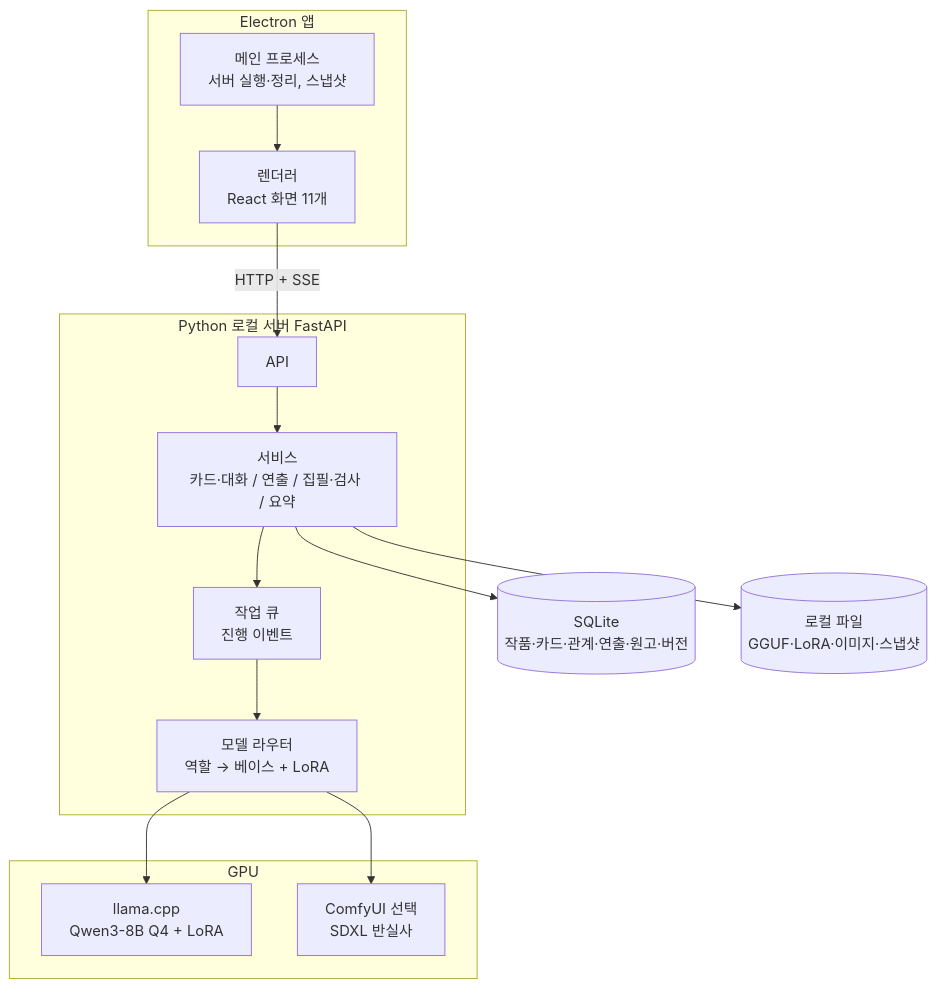
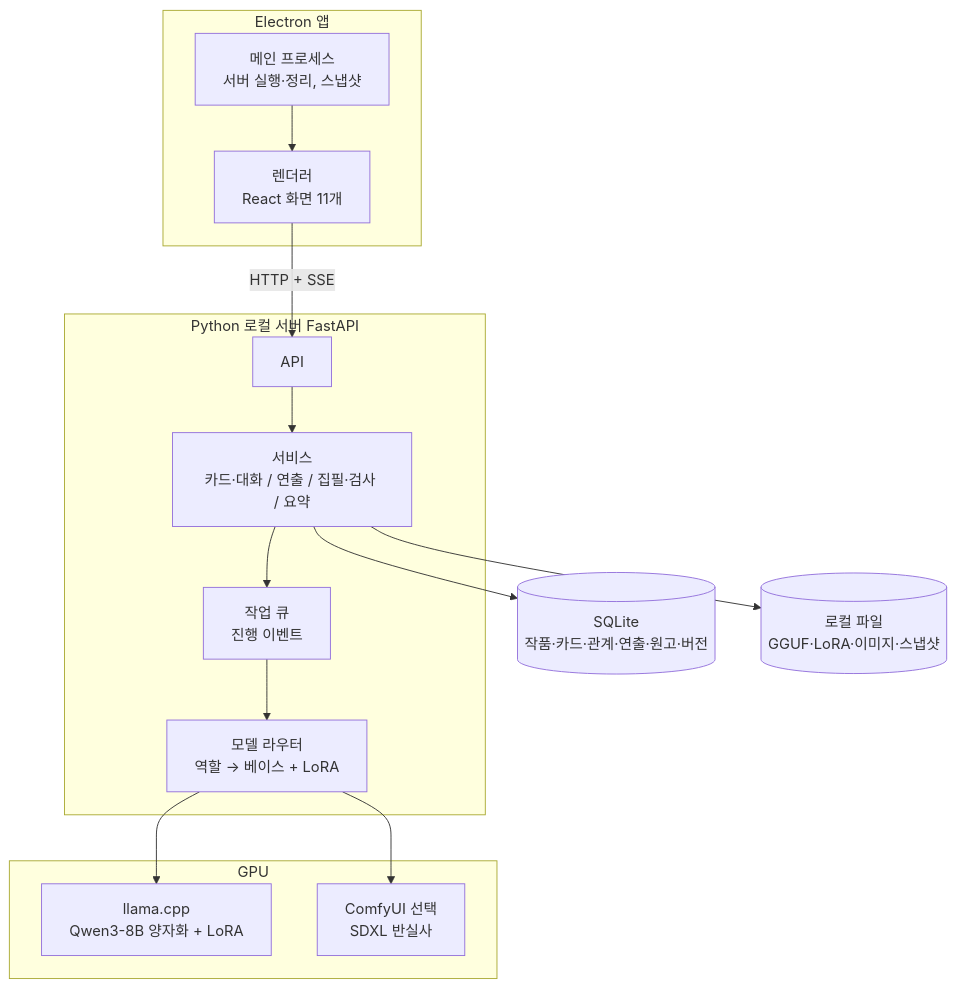
One commit to mminjae97/aiplot changed the third of 5 diagrams in README.md. Above: the diagram before and after it, drawn with Mermaid. The commit also changed other lines of this file, not shown here.

````diff
--- a/README.md
+++ b/README.md
@@ -616,26 +616,26 @@
 ```mermaid
 flowchart TB
     subgraph E[Electron 앱]
         MP[메인 프로세스<br/>서버 실행·정리, 스냅샷]
         RD[렌더러<br/>React 화면 11개]
     end
     subgraph S[Python 로컬 서버 FastAPI]
         API[API]
         SV[서비스<br/>카드·대화 / 연출 / 집필·검사 / 요약]
         JQ[작업 큐<br/>진행 이벤트]
         RT[모델 라우터<br/>역할 → 베이스 + LoRA]
     end
     subgraph G[GPU]
-        LL[llama.cpp<br/>Qwen3-8B Q4 + LoRA]
+        LL[llama.cpp<br/>Qwen3-8B 양자화 + LoRA]
         CU[ComfyUI 선택<br/>SDXL 반실사]
     end
     DB[(SQLite<br/>작품·카드·관계·연출·원고·버전)]
     FS[(로컬 파일<br/>GGUF·LoRA·이미지·스냅샷)]
     MP --> RD
     RD -- HTTP + SSE --> API
     API --> SV --> JQ --> RT
     RT --> LL
     RT --> CU
     SV --> DB
     SV --> FS
 ```
````
